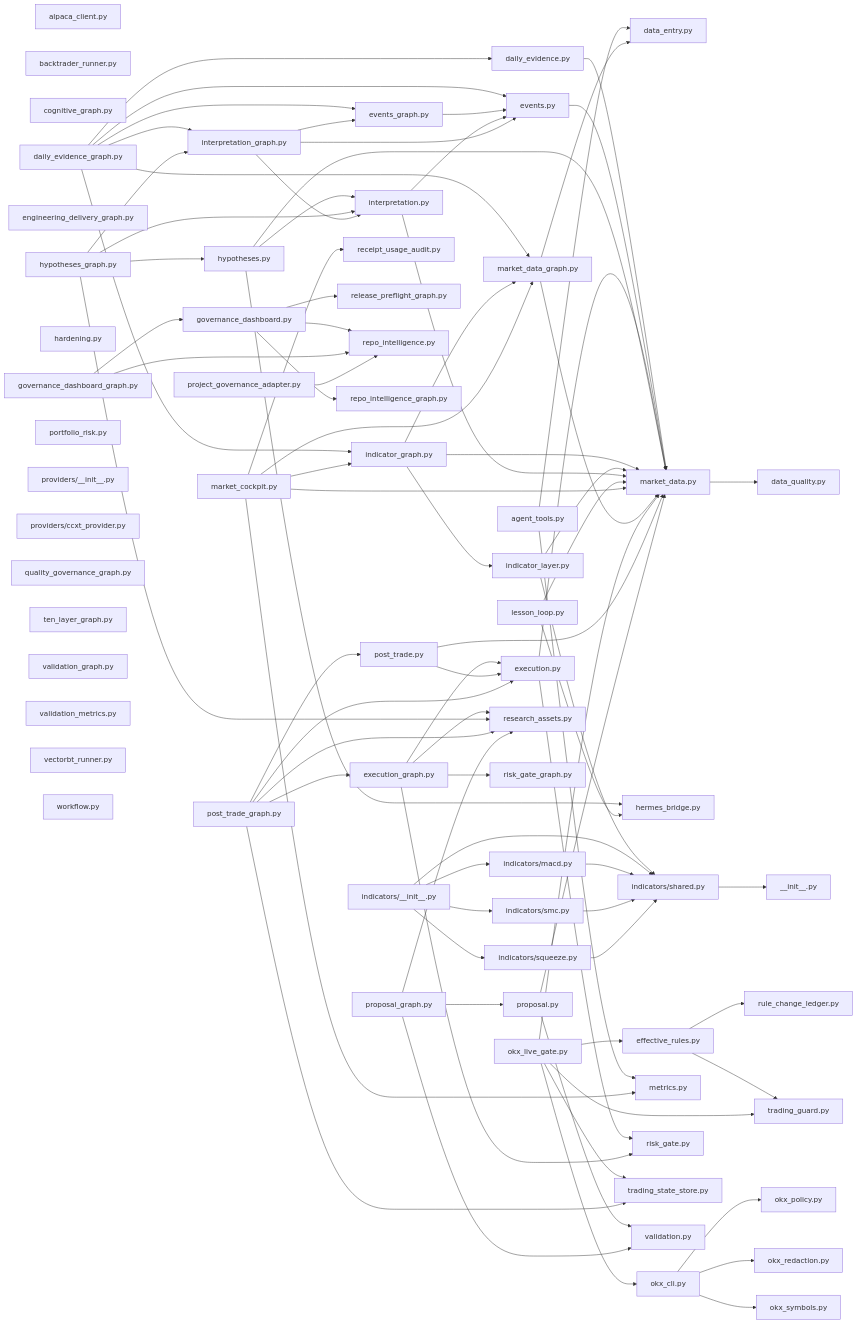
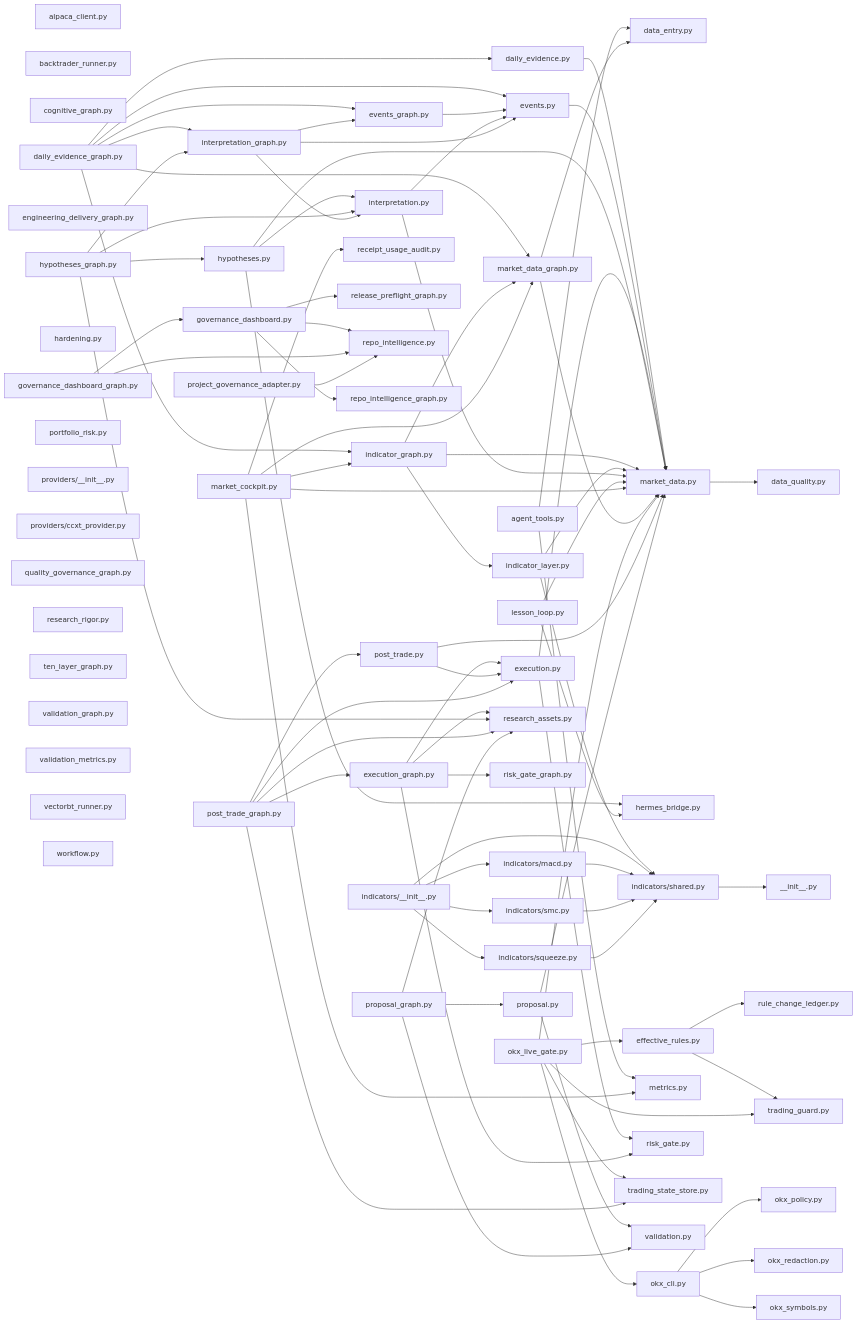
The diagram in docs/architecture/generated/repo-intelligence.md (zycxfyh/FinHarness), drawn with Mermaid before and after one commit. The commit also changed other lines of this file, not shown here.

```diff
--- a/docs/architecture/generated/repo-intelligence.md
+++ b/docs/architecture/generated/repo-intelligence.md
@@ -84,6 +82,7 @@
   n_src_finharness_repo_intelligence_py["repo_intelligence.py"]
   n_src_finharness_repo_intelligence_graph_py["repo_intelligence_graph.py"]
   n_src_finharness_research_assets_py["research_assets.py"]
+  n_src_finharness_research_rigor_py["research_rigor.py"]
   n_src_finharness_risk_gate_py["risk_gate.py"]
   n_src_finharness_risk_gate_graph_py["risk_gate_graph.py"]
   n_src_finharness_rule_change_ledger_py["rule_change_ledger.py"]
```
